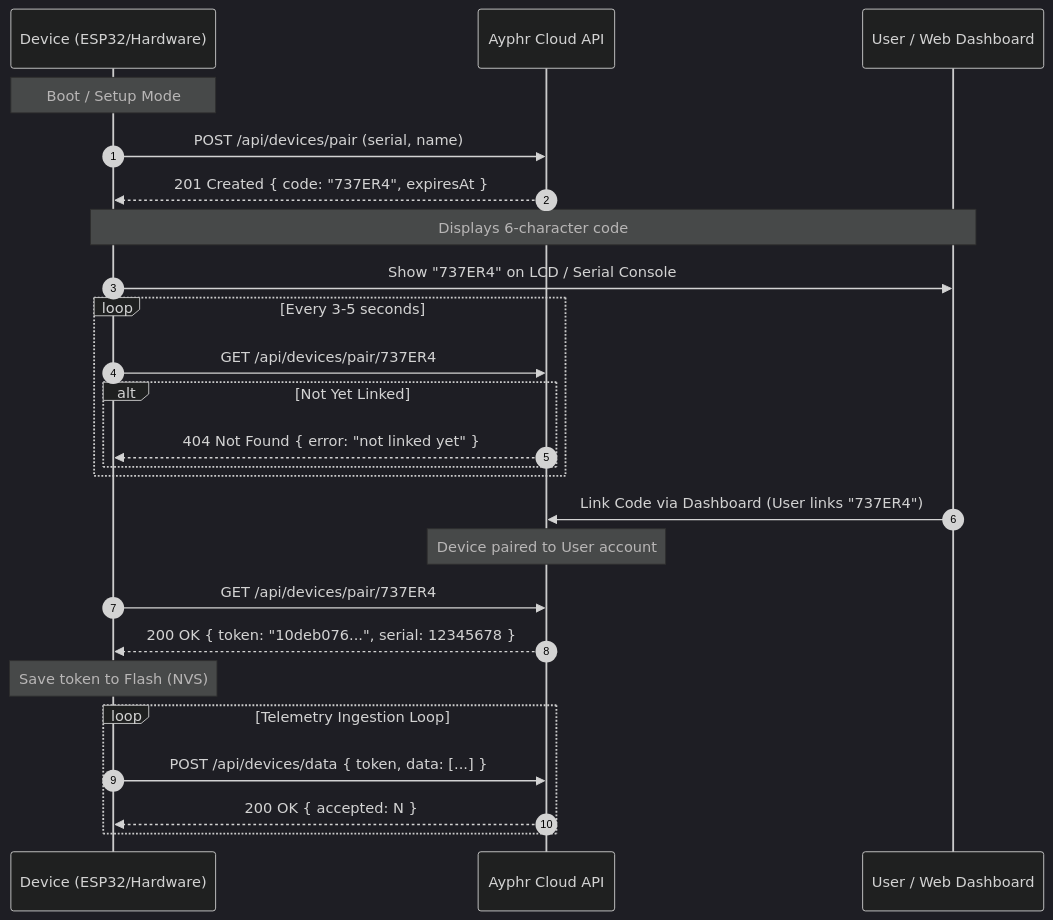
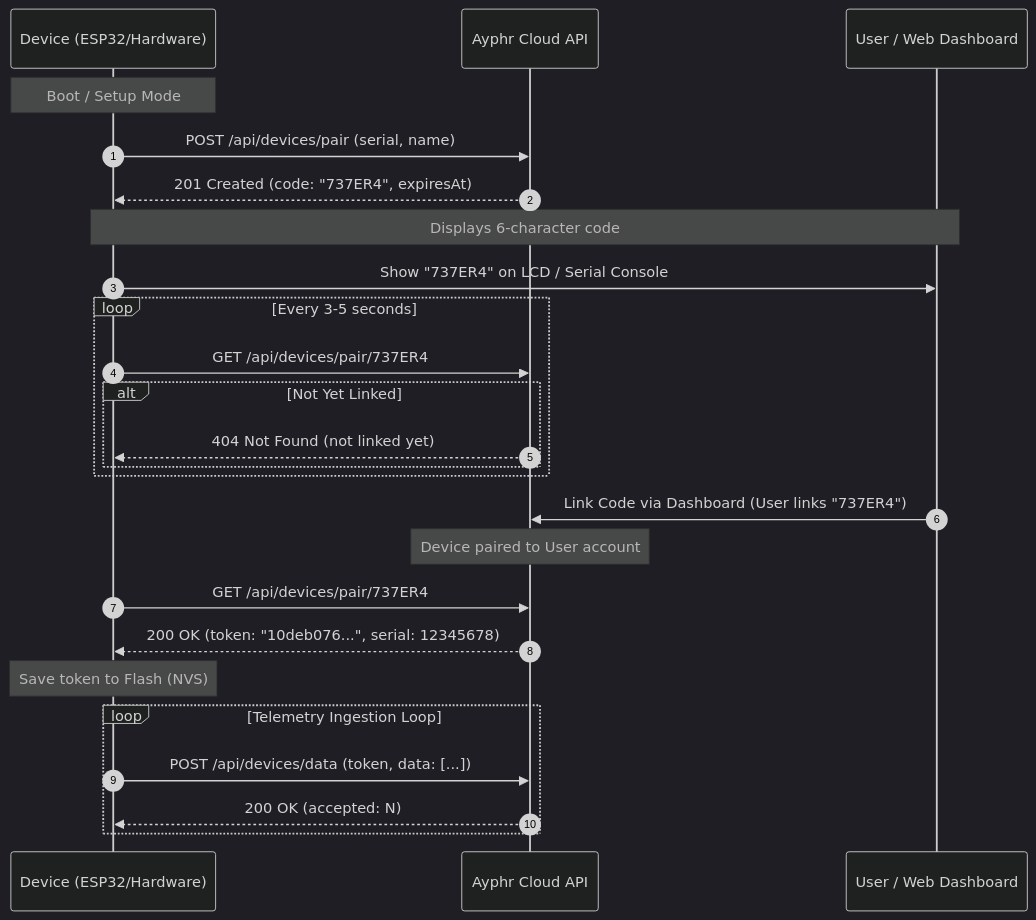
One commit to ayphr/docs changed the diagram in src/content/docs/api/overview.mdx. Above: the diagram before and after it, drawn with Mermaid (dark theme). The commit also changed 6 other files, not shown here.

````diff
--- a/src/content/docs/api/overview.mdx
+++ b/src/content/docs/api/overview.mdx
@@ -26,34 +26,34 @@
 ```mermaid
 sequenceDiagram
     autonumber
     participant D as Device (ESP32/Hardware)
     participant C as Ayphr Cloud API
     participant U as User / Web Dashboard
 
     Note over D: Boot / Setup Mode
     D->>C: POST /api/devices/pair (serial, name)
-    C-->>D: 201 Created { code: "737ER4", expiresAt }
+    C-->>D: 201 Created (code: "737ER4", expiresAt)
     
     Note over D,U: Displays 6-character code
     D->>U: Show "737ER4" on LCD / Serial Console
 
     loop Every 3-5 seconds
         D->>C: GET /api/devices/pair/737ER4
         alt Not Yet Linked
-            C-->>D: 404 Not Found { error: "not linked yet" }
+            C-->>D: 404 Not Found (not linked yet)
         end
     end
 
     U->>C: Link Code via Dashboard (User links "737ER4")
     Note over C: Device paired to User account
 
     D->>C: GET /api/devices/pair/737ER4
-    C-->>D: 200 OK { token: "10deb076...", serial: 12345678 }
+    C-->>D: 200 OK (token: "10deb076...", serial: 12345678)
 
     Note over D: Save token to Flash (NVS)
     
     loop Telemetry Ingestion Loop
-        D->>C: POST /api/devices/data { token, data: [...] }
-        C-->>D: 200 OK { accepted: N }
+        D->>C: POST /api/devices/data (token, data: [...])
+        C-->>D: 200 OK (accepted: N)
     end
 ```
````
